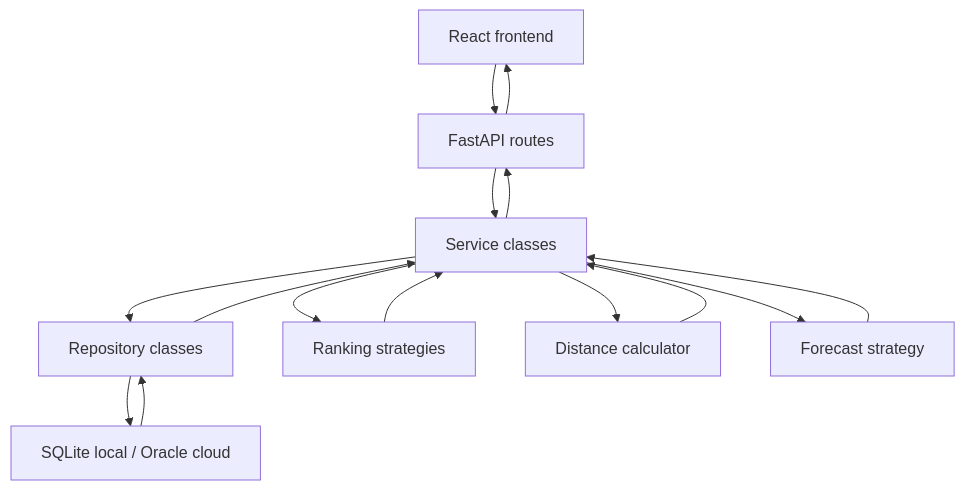
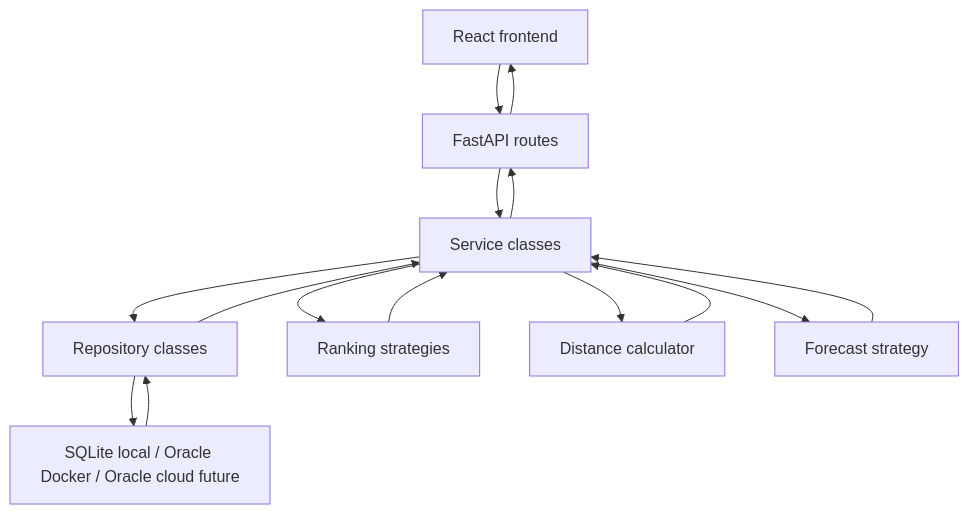
Before and after one commit to Arthemisto/FuelFinder: the second of 4 diagrams in BACKEND_DESIGN.md, drawn with Mermaid. The commit also changed other lines of this file and 4 other files, not shown here.

````diff
--- a/BACKEND_DESIGN.md
+++ b/BACKEND_DESIGN.md
@@ -1166,19 +1219,19 @@
 ```mermaid
 flowchart TD
   Frontend["React frontend"] --> Routes["FastAPI routes"]
   Routes --> Services["Service classes"]
   Services --> Repositories["Repository classes"]
-  Repositories --> Database["SQLite local / Oracle cloud"]
+  Repositories --> Database["SQLite local / Oracle Docker / Oracle cloud future"]
 
   Services --> Ranking["Ranking strategies"]
   Services --> Distance["Distance calculator"]
   Services --> Forecast["Forecast strategy"]
 
   Database --> Repositories
   Repositories --> Services
   Ranking --> Services
   Distance --> Services
   Forecast --> Services
   Services --> Routes
   Routes --> Frontend
 ```
````
